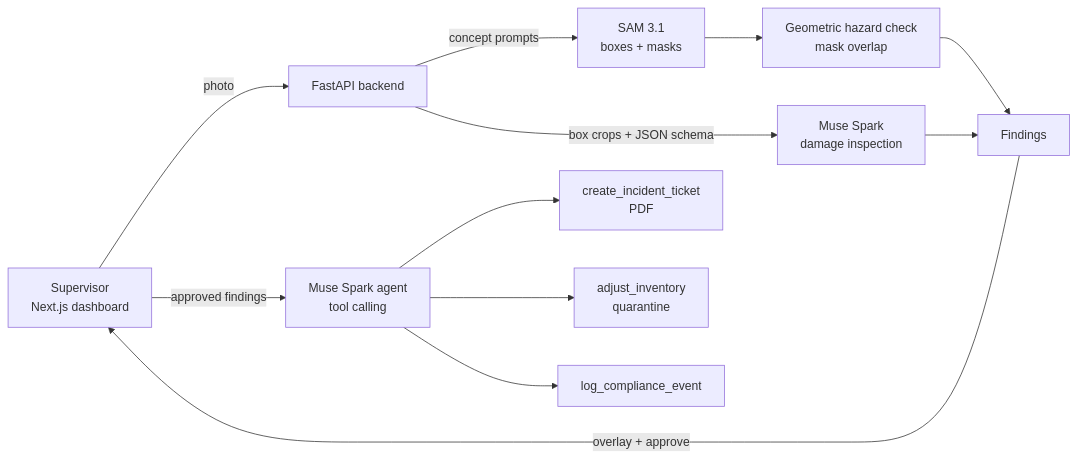
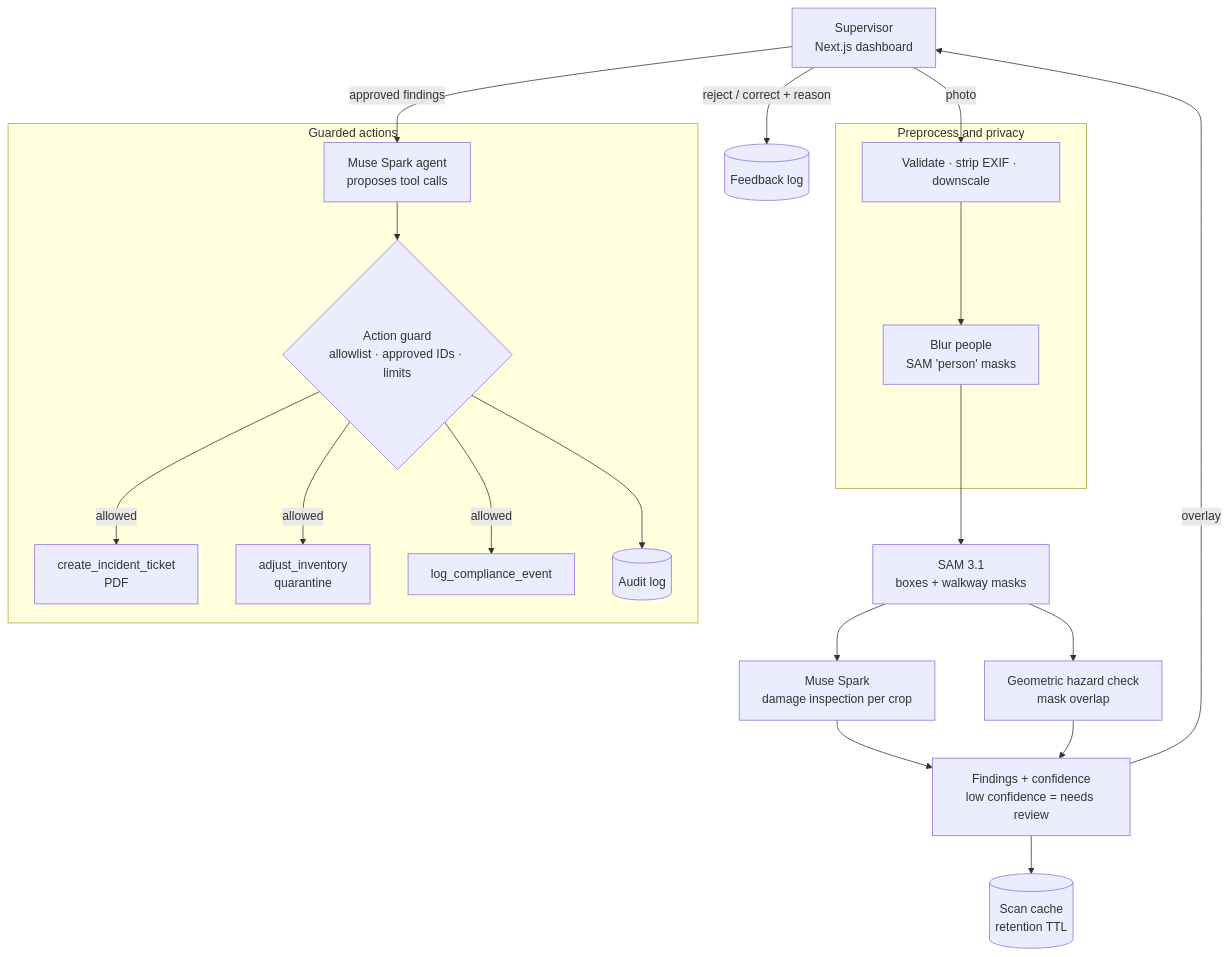
One commit to sagar-das01/AIsleEye changed the diagram in README.md. Above: the diagram before and after it, drawn with Mermaid. The commit also changed other lines of this file, not shown here.

First line of the commit message:
docs: add guardrails, privacy and data handling to the architecture and roadmap

````diff
--- a/README.md
+++ b/README.md
@@ -54,14 +59,27 @@
 ```mermaid
-flowchart LR
-  U[Supervisor<br/>Next.js dashboard] -->|photo| API[FastAPI backend]
-  API -->|concept prompts| SAM[SAM 3.1<br/>boxes + masks]
-  API -->|box crops + JSON schema| VLM[Muse Spark<br/>damage inspection]
-  SAM --> HZ[Geometric hazard check<br/>mask overlap]
-  VLM --> F[Findings]
+flowchart TD
+  U["Supervisor<br/>Next.js dashboard"]
+
+  subgraph PREP ["Preprocess and privacy"]
+    PRE["Validate · strip EXIF · downscale"] --> BLUR["Blur people<br/>SAM 'person' masks"]
+  end
+
+  subgraph ACT ["Guarded actions"]
+    AG["Muse Spark agent<br/>proposes tool calls"] --> GUARD{"Action guard<br/>allowlist · approved IDs · limits"}
+    GUARD -->|allowed| T1["create_incident_ticket<br/>PDF"]
+    GUARD -->|allowed| T2["adjust_inventory<br/>quarantine"]
+    GUARD -->|allowed| T3["log_compliance_event"]
+    GUARD --> AUD[("Audit log")]
+  end
+
+  U -->|photo| PRE
+  BLUR --> SEG["SAM 3.1<br/>boxes + walkway masks"]
+  SEG --> VLM["Muse Spark<br/>damage inspection per crop"]
+  SEG --> HZ["Geometric hazard check<br/>mask overlap"]
+  VLM --> F["Findings + confidence<br/>low confidence = needs review"]
   HZ --> F
-  F -->|overlay + approve| U
-  U -->|approved findings| AG[Muse Spark agent<br/>tool calling]
-  AG --> T1[create_incident_ticket<br/>PDF]
-  AG --> T2[adjust_inventory<br/>quarantine]
-  AG --> T3[log_compliance_event]
+  F --> CACHE[("Scan cache<br/>retention TTL")]
+  F -->|overlay| U
+  U -->|"reject / correct + reason"| FB[("Feedback log")]
+  U -->|approved findings| AG
 ```
````
